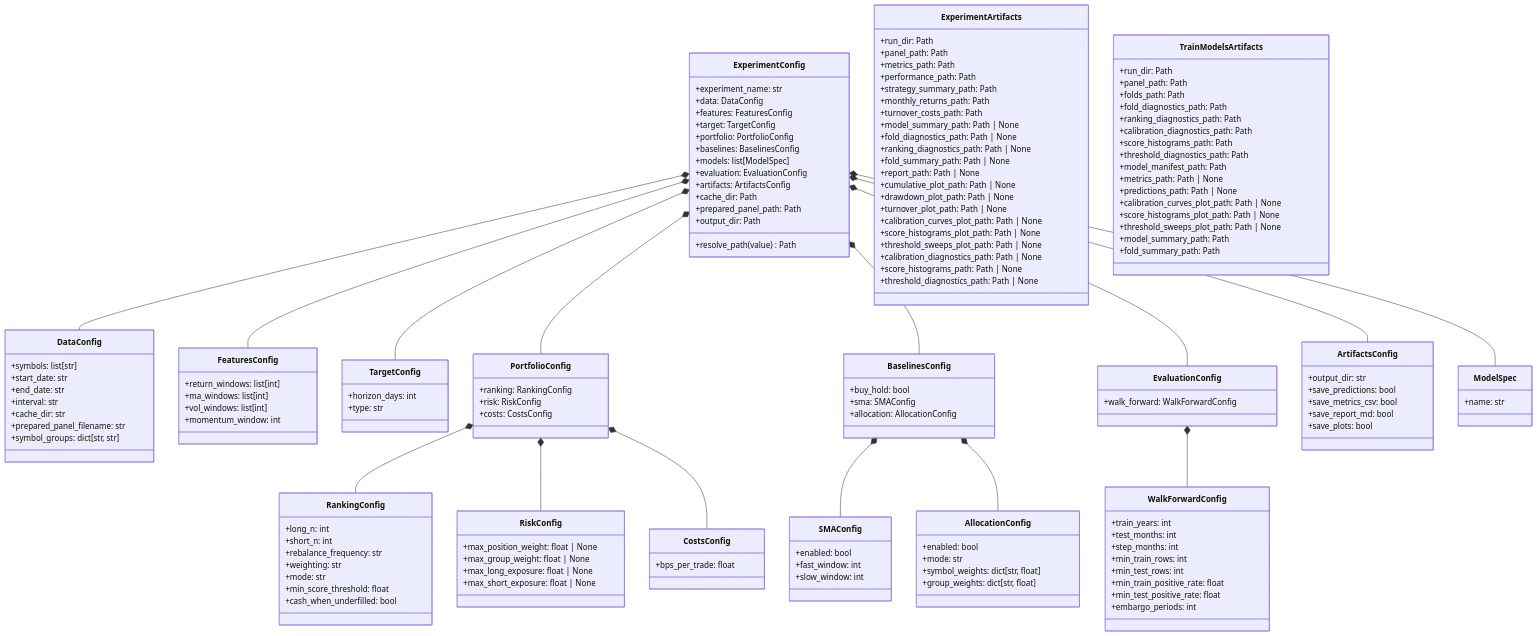
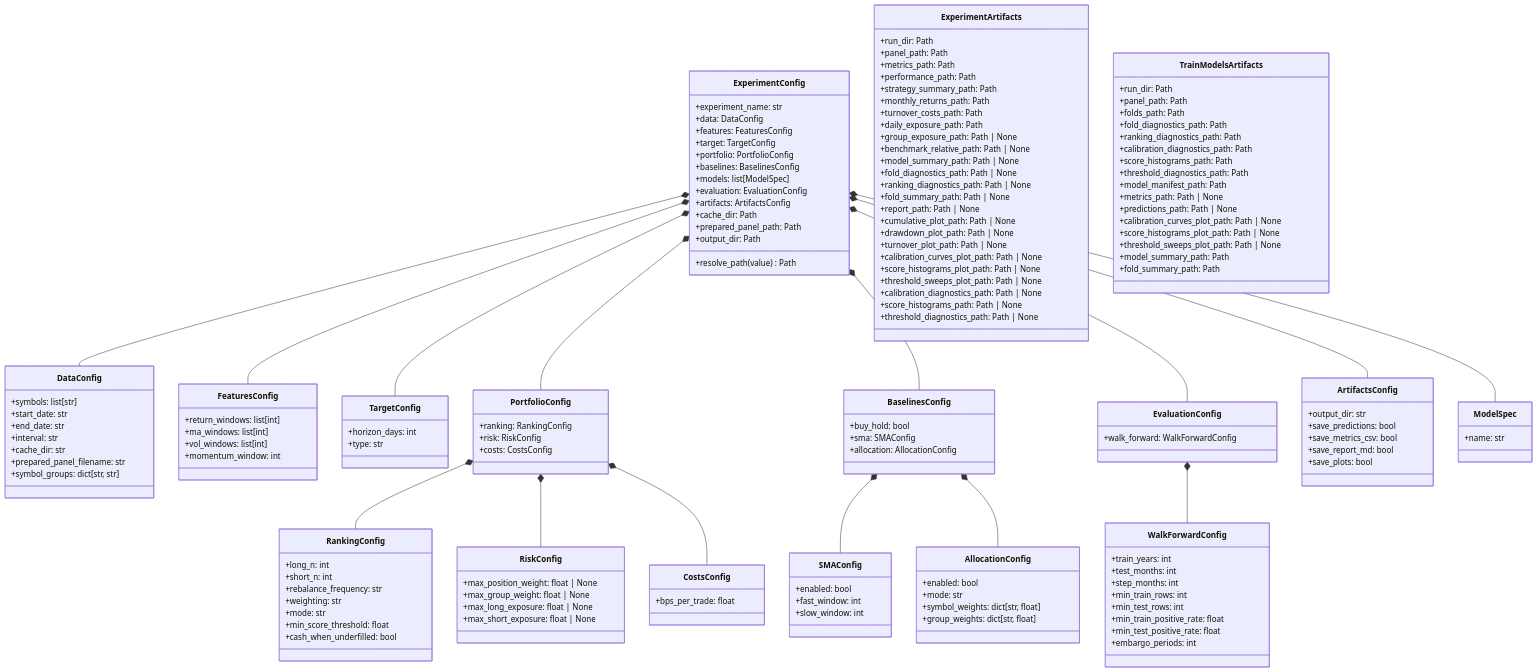
The sixth of 6 diagrams in docs/architecture.md (ricardogr07/market-lab), drawn with Mermaid before and after one commit. The commit also changed other lines of this file and 11 other files, not shown here.

First line of the commit message:
feat: add benchmark-relative comparison reporting (#48)

```diff
--- a/docs/architecture.md
+++ b/docs/architecture.md
@@ -383,6 +393,9 @@
       +strategy_summary_path: Path
       +monthly_returns_path: Path
       +turnover_costs_path: Path
+      +daily_exposure_path: Path
+      +group_exposure_path: Path | None
+      +benchmark_relative_path: Path | None
       +model_summary_path: Path | None
       +fold_diagnostics_path: Path | None
       +ranking_diagnostics_path: Path | None
```
